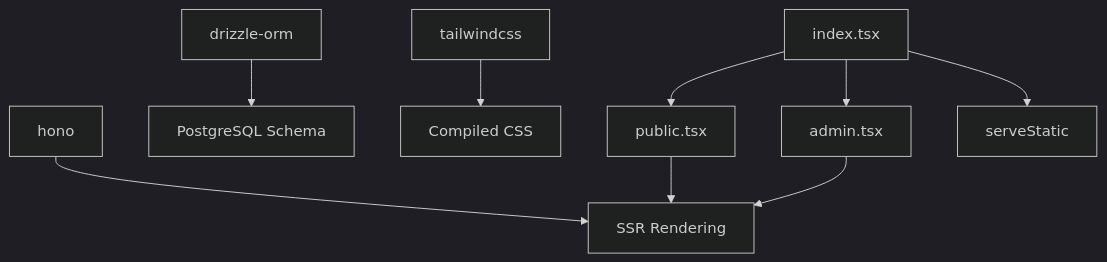
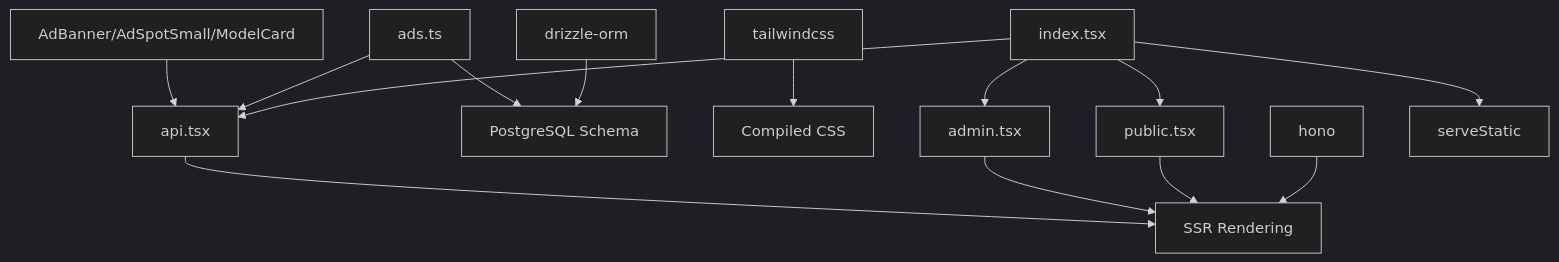
One commit to eromedrive2tb-gif/Avitrine changed the ninth of 9 diagrams in .qoder/repowiki/en/content/System Architecture/Frontend Architecture.md. Above: the diagram before and after it, drawn with Mermaid (dark theme). The commit also changed other lines of this file and 18 other files, not shown here.

````diff
--- a/.qoder/repowiki/en/content/System Architecture/Frontend Architecture.md
+++ b/.qoder/repowiki/en/content/System Architecture/Frontend Architecture.md
@@ -343,11 +506,16 @@
 ```mermaid
 graph TB
 Hono["hono"] --> SSR["SSR Rendering"]
 Drizzle["drizzle-orm"] --> DB["PostgreSQL Schema"]
 Tailwind["tailwindcss"] --> CSS["Compiled CSS"]
 PublicRoutes["public.tsx"] --> SSR
 AdminRoutes["admin.tsx"] --> SSR
+APIRoutes["api.tsx"] --> SSR
 Index["index.tsx"] --> PublicRoutes
 Index --> AdminRoutes
+Index --> APIRoutes
 Index --> Static["serveStatic"]
+AdsService["ads.ts"] --> DB
+AdsService --> APIRoutes
+AdComponents["AdBanner/AdSpotSmall/ModelCard"] --> APIRoutes
 ```
````
